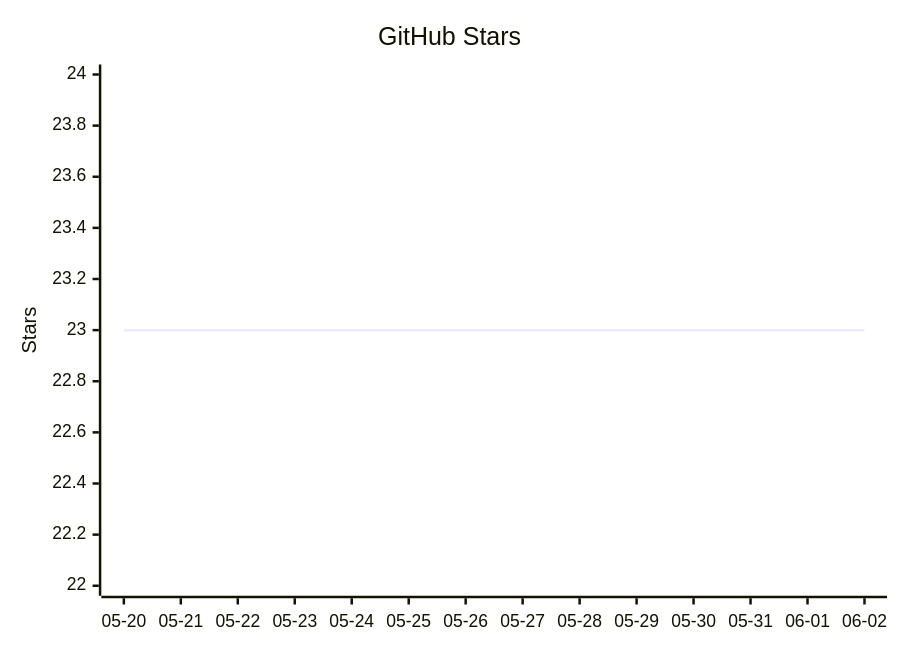
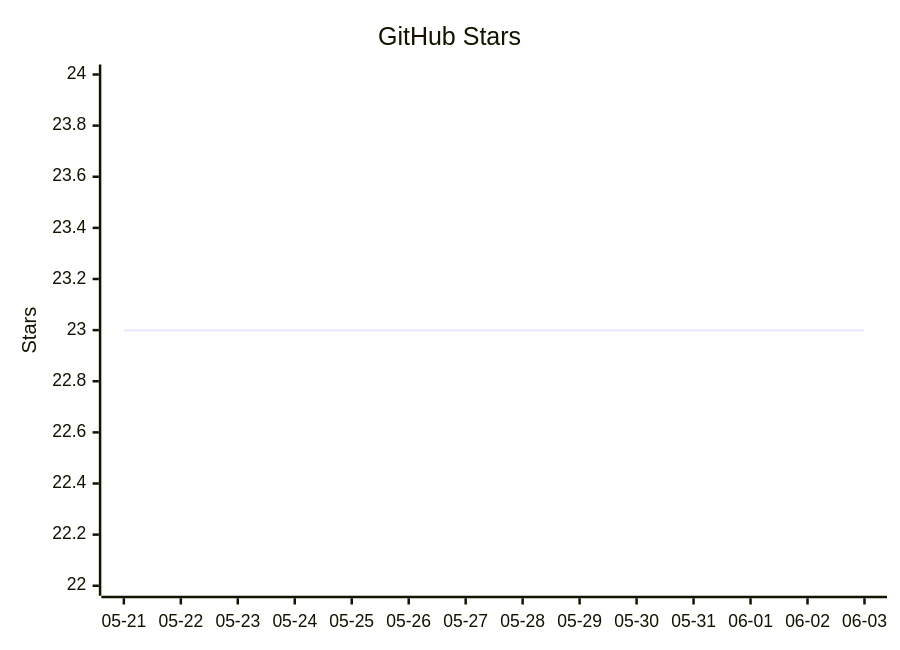
The diagram in README.mbt.md (vectie/moonclaw), drawn with Mermaid before and after one commit. The commit also changed other lines of this file and 1 other file, not shown here.

Commit message:
Update README star growth

````diff
--- a/README.mbt.md
+++ b/README.mbt.md
@@ -490,7 +490,7 @@
 ```mermaid
 xychart-beta
     title "GitHub Stars"
-    x-axis ["05-20","05-21","05-22","05-23","05-24","05-25","05-26","05-27","05-28","05-29","05-30","05-31","06-01","06-02"]
+    x-axis ["05-21","05-22","05-23","05-24","05-25","05-26","05-27","05-28","05-29","05-30","05-31","06-01","06-02","06-03"]
     y-axis "Stars" 22 --> 24
     line [23,23,23,23,23,23,23,23,23,23,23,23,23,23]
 ```
````
